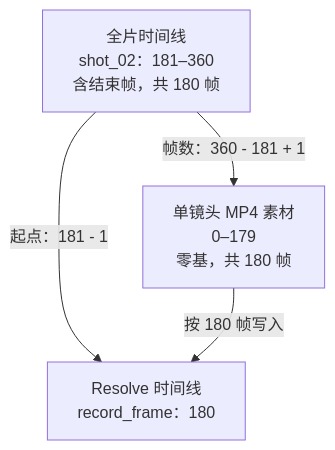
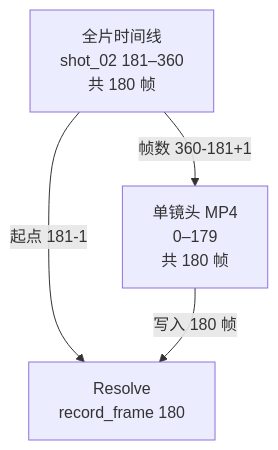
Before and after one commit to yoruuuchan/create-blender-story-video: the second of 2 diagrams in README.md, drawn with Mermaid.

Commit message:
docs: tighten the frame-contract diagram labels

````diff
--- a/README.md
+++ b/README.md
@@ -195,9 +195,9 @@
 ```mermaid
 flowchart TB
-    A["全片时间线<br/>shot_02：181–360<br/>含结束帧，共 180 帧"]
-    B["单镜头 MP4 素材<br/>0–179<br/>零基，共 180 帧"]
-    C["Resolve 时间线<br/>record_frame：180"]
-    A -->|"起点：181 - 1"| C
-    A -->|"帧数：360 - 181 + 1"| B
-    B -->|"按 180 帧写入"| C
+    A["全片时间线<br/>shot_02 181–360<br/>共 180 帧"]
+    B["单镜头 MP4<br/>0–179<br/>共 180 帧"]
+    C["Resolve<br/>record_frame 180"]
+    A -->|"起点 181-1"| C
+    A -->|"帧数 360-181+1"| B
+    B -->|"写入 180 帧"| C
 ```
````
